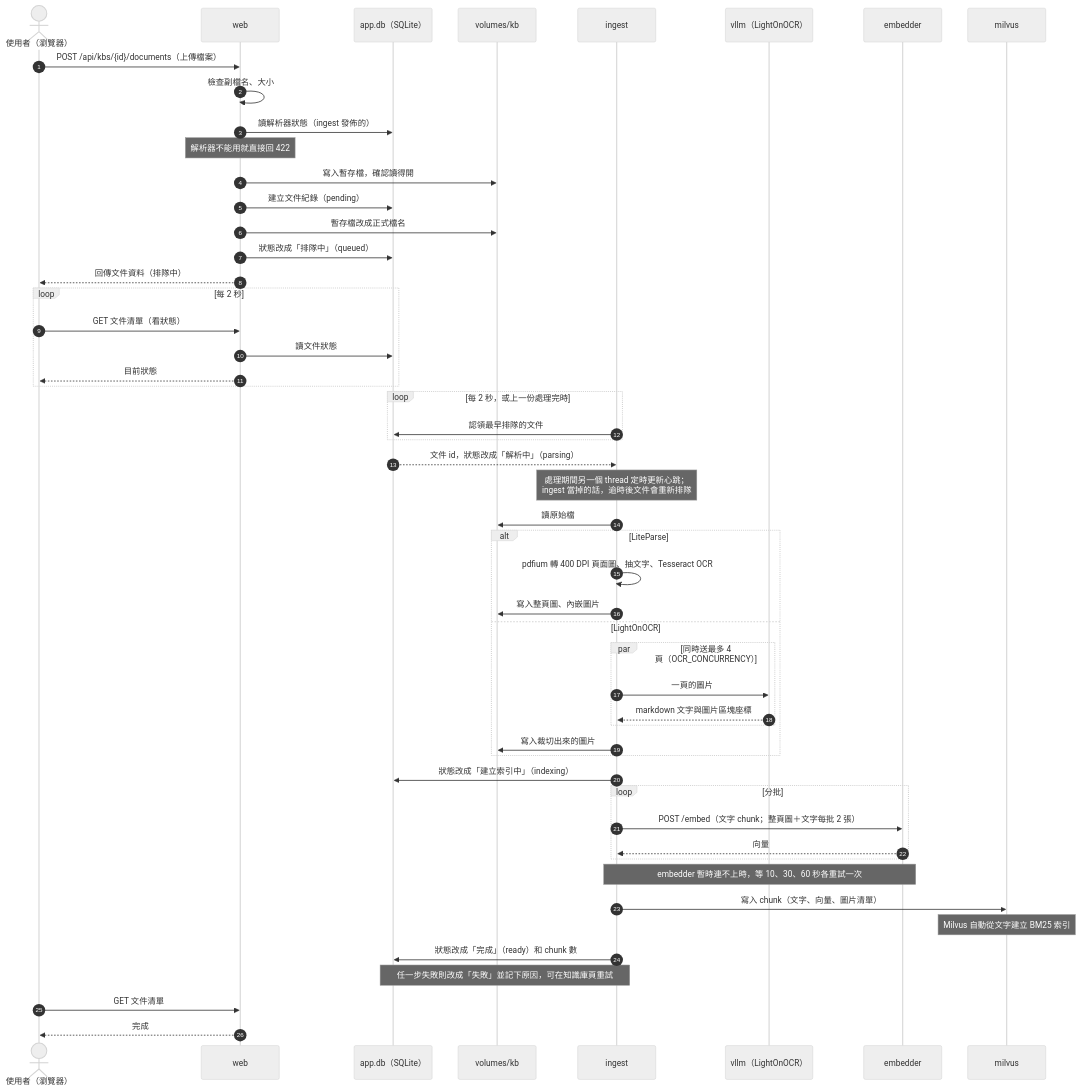
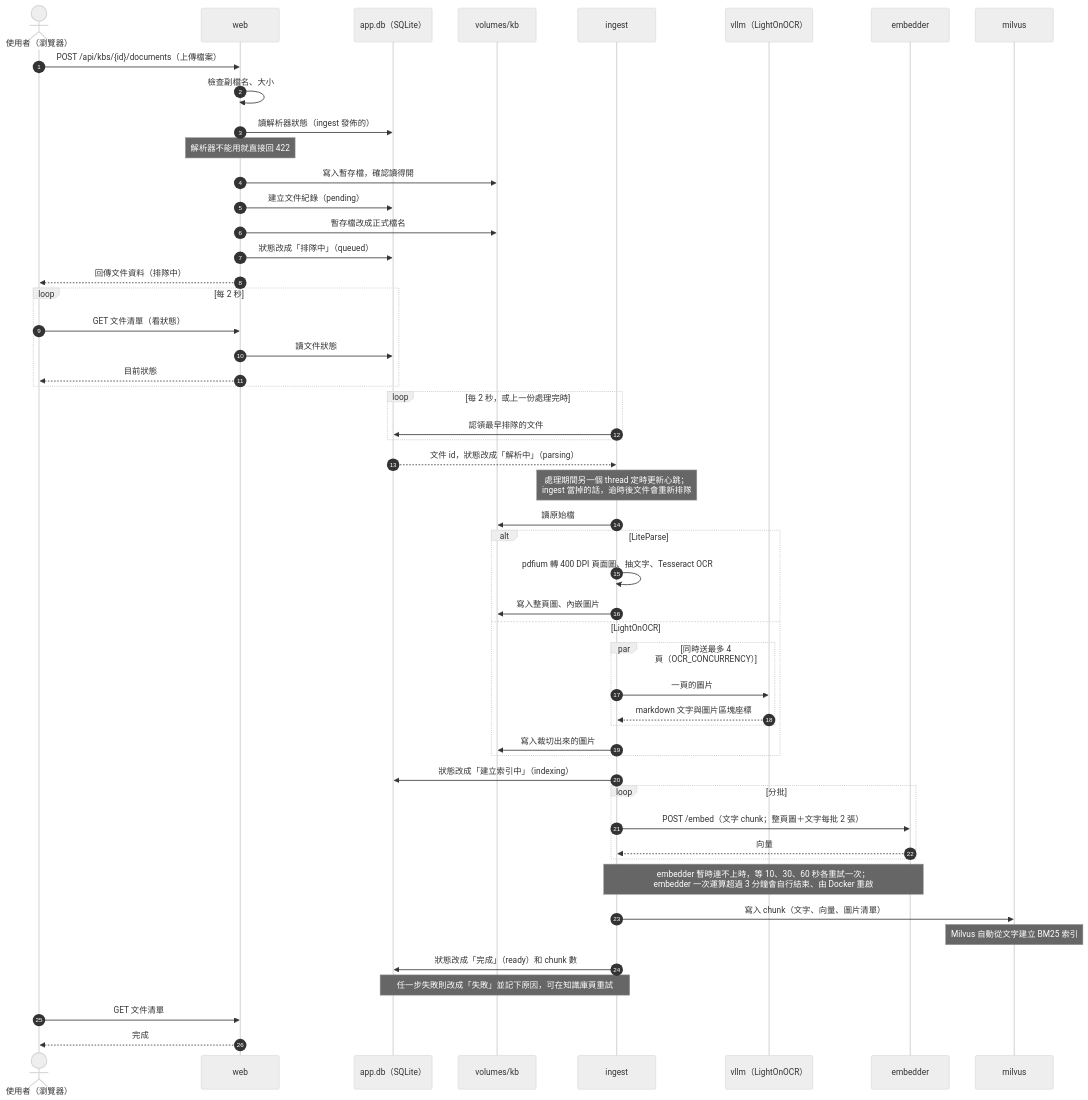
The second of 3 diagrams in docs/architecture.md (ming86062424-code/Phoebe), drawn with Mermaid (neutral theme) before and after one commit. The commit also changed 3 other files, not shown here.

````diff
--- a/docs/architecture.md
+++ b/docs/architecture.md
@@ -72,60 +72,60 @@
 ```mermaid
 sequenceDiagram
     autonumber
     actor U as 使用者（瀏覽器）
     participant W as web
     participant DB as app.db（SQLite）
     participant F as volumes/kb
     participant I as ingest
     participant V as vllm（LightOnOCR）
     participant E as embedder
     participant M as milvus
 
     U->>W: POST /api/kbs/{id}/documents（上傳檔案）
     W->>W: 檢查副檔名、大小
     W->>DB: 讀解析器狀態（ingest 發佈的）
     Note over W: 解析器不能用就直接回 422
     W->>F: 寫入暫存檔，確認讀得開
     W->>DB: 建立文件紀錄（pending）
     W->>F: 暫存檔改成正式檔名
     W->>DB: 狀態改成「排隊中」（queued）
     W-->>U: 回傳文件資料（排隊中）
 
     loop 每 2 秒
         U->>W: GET 文件清單（看狀態）
         W->>DB: 讀文件狀態
         W-->>U: 目前狀態
     end
 
     loop 每 2 秒，或上一份處理完時
         I->>DB: 認領最早排隊的文件
     end
     DB-->>I: 文件 id，狀態改成「解析中」（parsing）
     Note over I: 處理期間另一個 thread 定時更新心跳；<br/>ingest 當掉的話，逾時後文件會重新排隊
 
     I->>F: 讀原始檔
     alt LiteParse
         I->>I: pdfium 轉 400 DPI 頁面圖、抽文字、Tesseract OCR
         I->>F: 寫入整頁圖、內嵌圖片
     else LightOnOCR
         par 同時送最多 4 頁（OCR_CONCURRENCY）
             I->>V: 一頁的圖片
             V-->>I: markdown 文字與圖片區塊座標
         end
         I->>F: 寫入裁切出來的圖片
     end
 
     I->>DB: 狀態改成「建立索引中」（indexing）
     loop 分批
         I->>E: POST /embed（文字 chunk；整頁圖＋文字每批 2 張）
         E-->>I: 向量
     end
-    Note over I,E: embedder 暫時連不上時，等 10、30、60 秒各重試一次
+    Note over I,E: embedder 暫時連不上時，等 10、30、60 秒各重試一次；<br/>embedder 一次運算超過 3 分鐘會自行結束、由 Docker 重啟
     I->>M: 寫入 chunk（文字、向量、圖片清單）
     Note over M: Milvus 自動從文字建立 BM25 索引
     I->>DB: 狀態改成「完成」（ready）和 chunk 數
     Note over I,DB: 任一步失敗則改成「失敗」並記下原因，可在知識庫頁重試
 
     U->>W: GET 文件清單
     W-->>U: 完成
 ```
````
